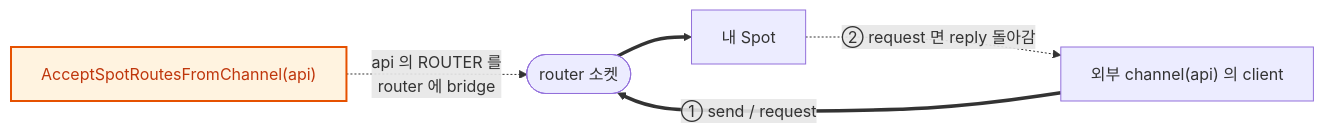
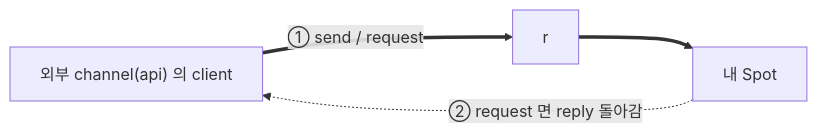
One commit to kairos-code-dev/zlink changed the fifth of 9 diagrams in framework/doc/framework/dotnet/guide/05-spot.ko.md. Above: the diagram before and after it, drawn with Mermaid. The commit also changed other lines of this file and 410 other files, not shown here.

Commit message:
refactor(framework): make spot channel wiring implicit

````diff
--- a/framework/doc/framework/dotnet/guide/05-spot.ko.md
+++ b/framework/doc/framework/dotnet/guide/05-spot.ko.md
@@ -184,8 +173,7 @@
 ```mermaid
 flowchart LR
-  f["AcceptSpotRoutesFromChannel(api)"] -. "api 의 ROUTER 를<br/>router 에 bridge" .-> r(["router 소켓"])
   api["외부 channel(api) 의 client"] ==>|"① send / request"| r ==> spot["내 Spot"]
   spot -.->|"② request 면 reply 돌아감"| api
   classDef b fill:#fff3e0,stroke:#e65100,stroke-width:2px,color:#bf360c;
   class f b;
 ```
````
